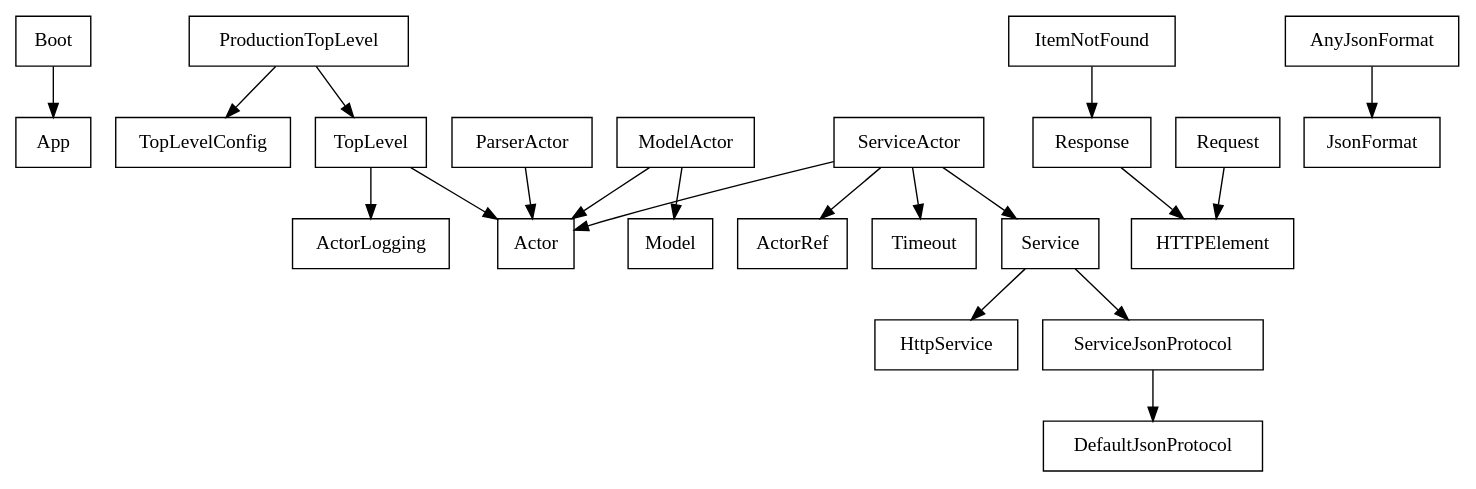
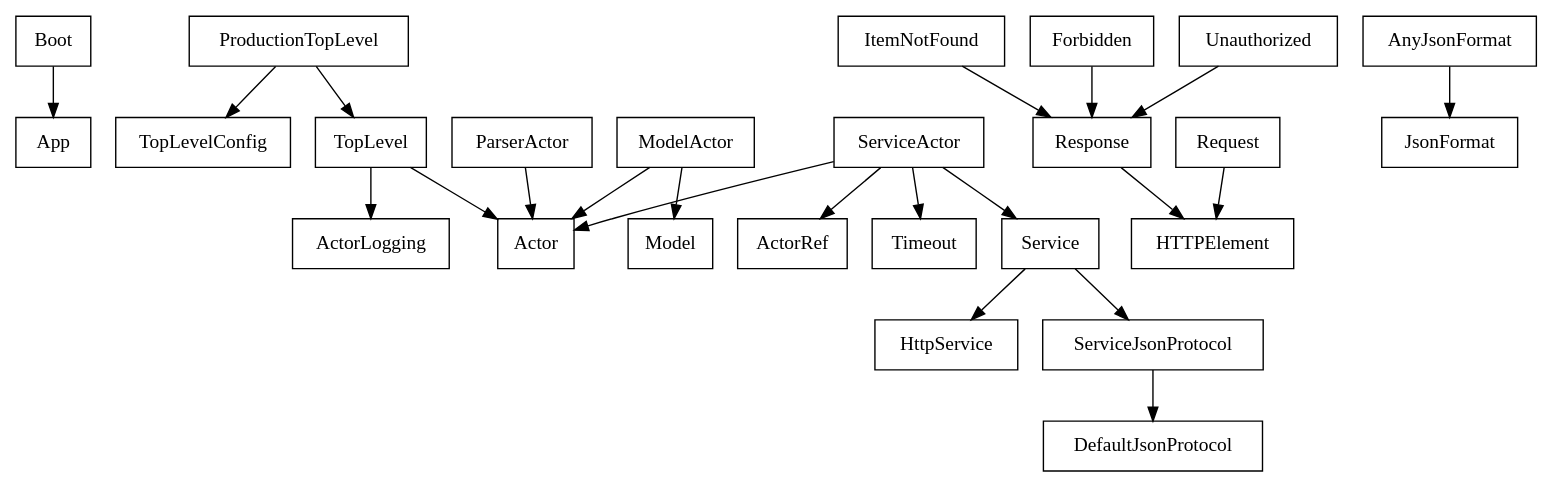
Before and after one commit to VerkhovtsovPavel/BSUIR_Labs: the diagram in tex/classDiagramm.dot, drawn with Graphviz. The commit also changed 16 other files, not shown here.

```diff
--- a/tex/classDiagramm.dot
+++ b/tex/classDiagramm.dot
@@ -1,56 +1,61 @@
 digraph diagram {
 
 node [shape = "record"]
 
 "Boot" 
   "Boot" -> "App";
 
 "ProductionTopLevel" 
   "ProductionTopLevel" -> "TopLevel";
   "ProductionTopLevel" -> "TopLevelConfig";
 
 "TopLevelConfig" 
 
 "TopLevel" 
   "TopLevel" -> "Actor";
   "TopLevel" -> "ActorLogging";
 
 "Model" 
 
 "ModelActor" 
 
 "ItemNotFound" 
   "ItemNotFound" -> "Response"
+
+"Forbidden"  
+  "Forbidden" -> "Response"
+
+"Unauthorized"  
+  "Unauthorized" -> "Response"  
 
 "ModelActor" 
   "ModelActor" -> "Actor";
   "ModelActor" -> "Model";
 
 "Request"
   "Request" -> "HTTPElement";
 
 "Response" 
   "Response" -> "HTTPElement";
 
 "HTTPElement"
   
 "ParserActor" 
   "ParserActor" -> "Actor";
 
 "ServiceActor" 
   "ServiceActor" -> "ActorRef";
   "ServiceActor" -> "Timeout";
   "ServiceActor" -> "Actor";
   "ServiceActor" -> "Service";
 
 "Service" 
   "Service" -> "HttpService";
   "Service" -> "ServiceJsonProtocol";
 
 "ServiceJsonProtocol" 
   "ServiceJsonProtocol" -> "DefaultJsonProtocol";
 
 "AnyJsonFormat" 
   "AnyJsonFormat" -> "JsonFormat";
-
 }
```
